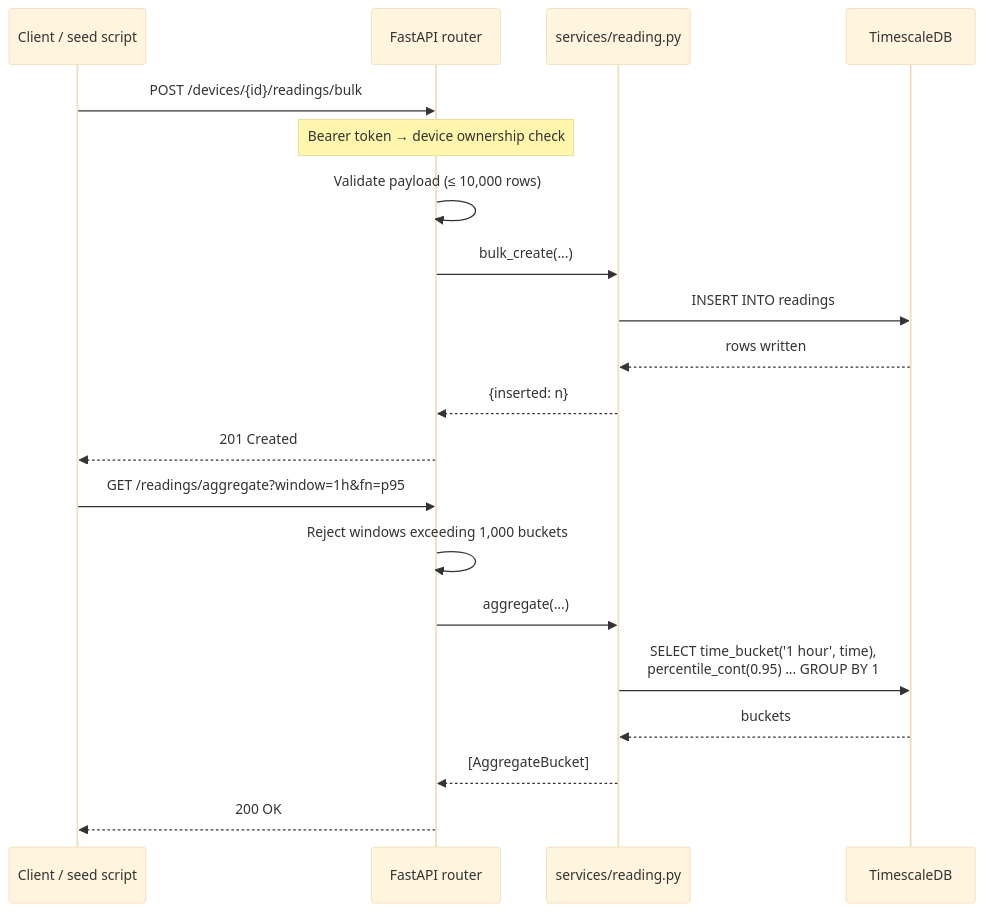
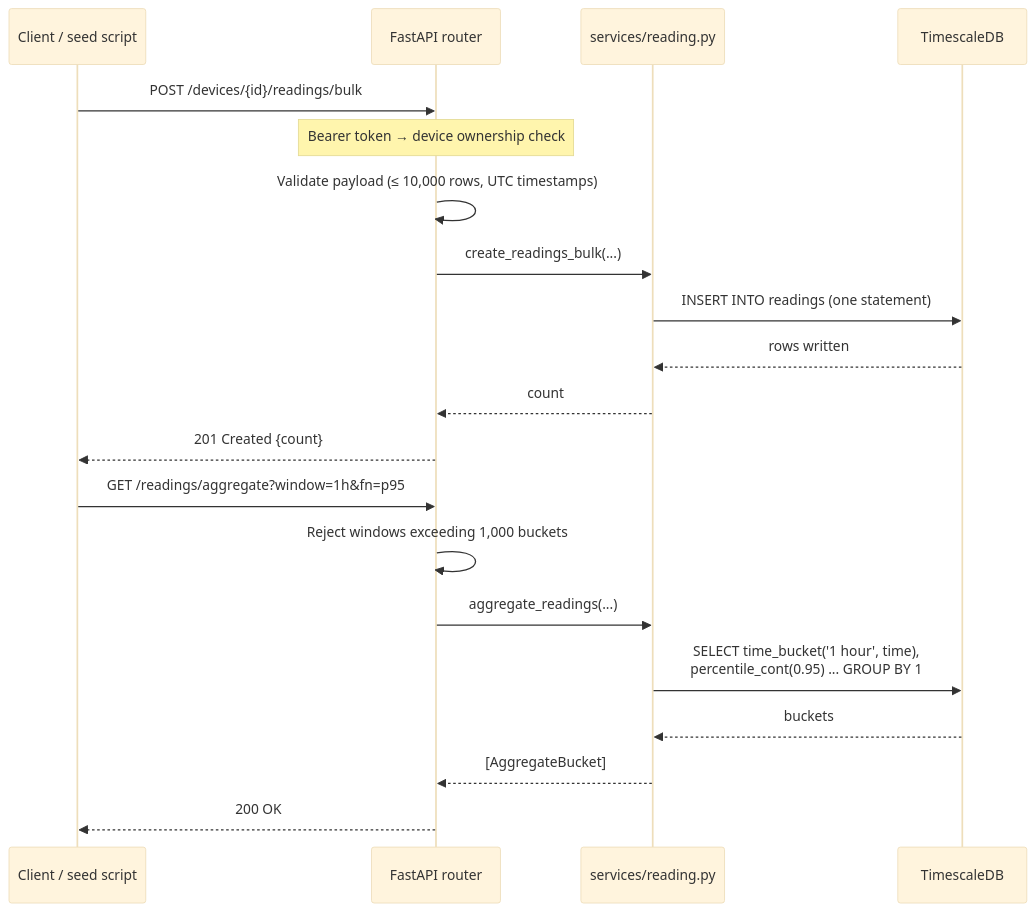
One commit to abirislam910/DataBull changed the second of 4 diagrams in README.md. Above: the diagram before and after it, drawn with Mermaid (base theme). The commit also changed other lines of this file and 2 other files, not shown here.

````diff
--- a/README.md
+++ b/README.md
@@ -84,24 +92,24 @@
 ```mermaid
 sequenceDiagram
     participant C as Client / seed script
     participant API as FastAPI router
     participant SVC as services/reading.py
     participant TS as TimescaleDB
 
     C->>API: POST /devices/{id}/readings/bulk
     Note over API: Bearer token → device ownership check
-    API->>API: Validate payload (≤ 10,000 rows)
-    API->>SVC: bulk_create(...)
-    SVC->>TS: INSERT INTO readings
+    API->>API: Validate payload (≤ 10,000 rows, UTC timestamps)
+    API->>SVC: create_readings_bulk(...)
+    SVC->>TS: INSERT INTO readings (one statement)
     TS-->>SVC: rows written
-    SVC-->>API: {inserted: n}
-    API-->>C: 201 Created
+    SVC-->>API: count
+    API-->>C: 201 Created {count}
 
     C->>API: GET /readings/aggregate?window=1h&fn=p95
     API->>API: Reject windows exceeding 1,000 buckets
-    API->>SVC: aggregate(...)
+    API->>SVC: aggregate_readings(...)
     SVC->>TS: SELECT time_bucket('1 hour', time),<br/>percentile_cont(0.95) ... GROUP BY 1
     TS-->>SVC: buckets
     SVC-->>API: [AggregateBucket]
     API-->>C: 200 OK
 ```
````
